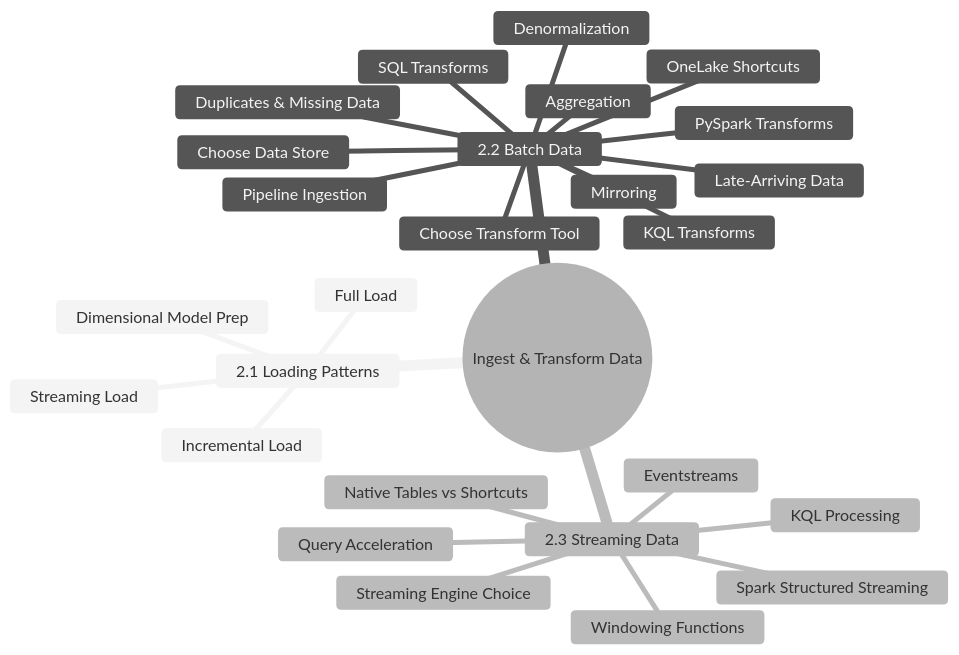
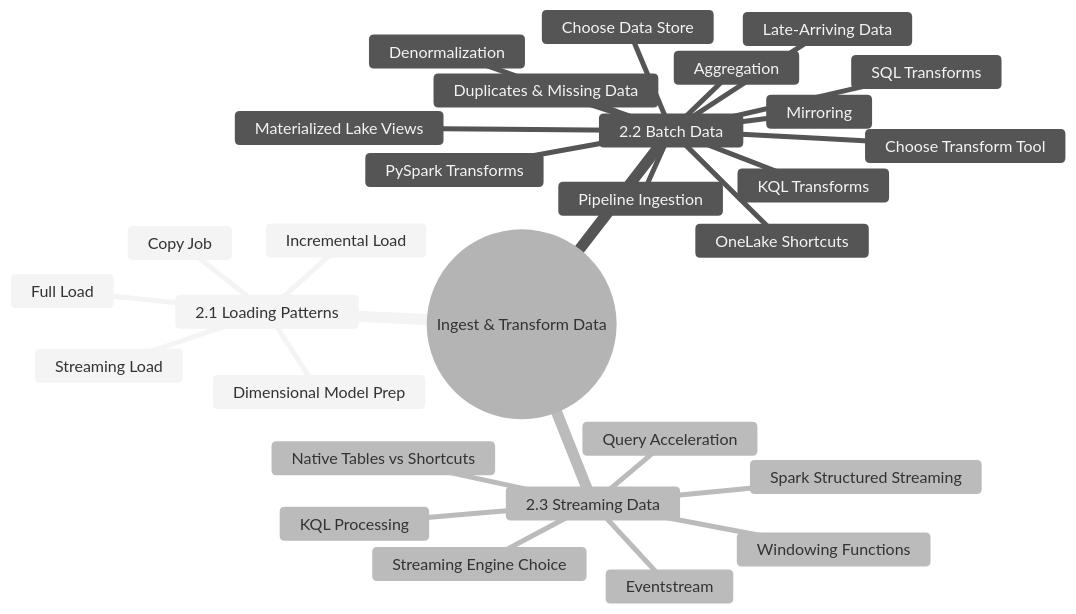
One commit to marcogrimaldi29/dp-700-study-notes changed the first of 12 diagrams in 02-ingest-transform-data.md. Above: the diagram before and after it, drawn with Mermaid (neutral theme). The commit also changed other lines of this file and 7 other files, not shown here.

````diff
--- a/02-ingest-transform-data.md
+++ b/02-ingest-transform-data.md
@@ -18,30 +18,32 @@
 ```mermaid
 mindmap
   root((Ingest & Transform Data))
     2.1 Loading Patterns
       Full Load
       Incremental Load
+      Copy Job
       Dimensional Model Prep
       Streaming Load
     2.2 Batch Data
       Choose Data Store
       Choose Transform Tool
       OneLake Shortcuts
       Mirroring
       Pipeline Ingestion
+      Materialized Lake Views
       PySpark Transforms
       SQL Transforms
       KQL Transforms
       Denormalization
       Aggregation
       Duplicates & Missing Data
       Late-Arriving Data
     2.3 Streaming Data
       Streaming Engine Choice
       Native Tables vs Shortcuts
       Query Acceleration
-      Eventstreams
+      Eventstream
       Spark Structured Streaming
       KQL Processing
       Windowing Functions
 ```
````
